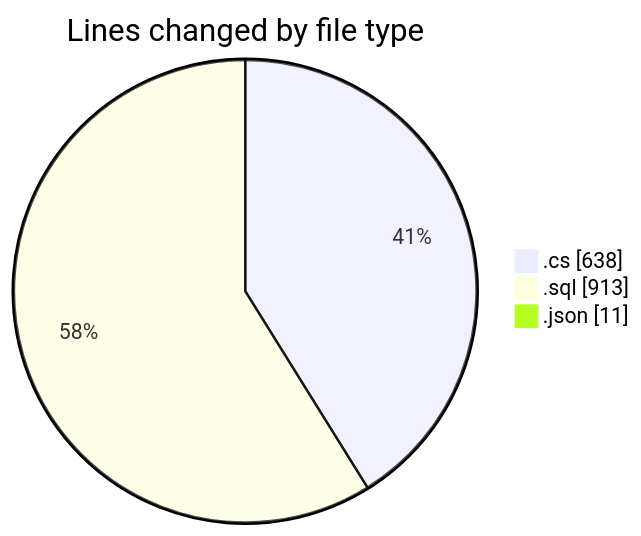
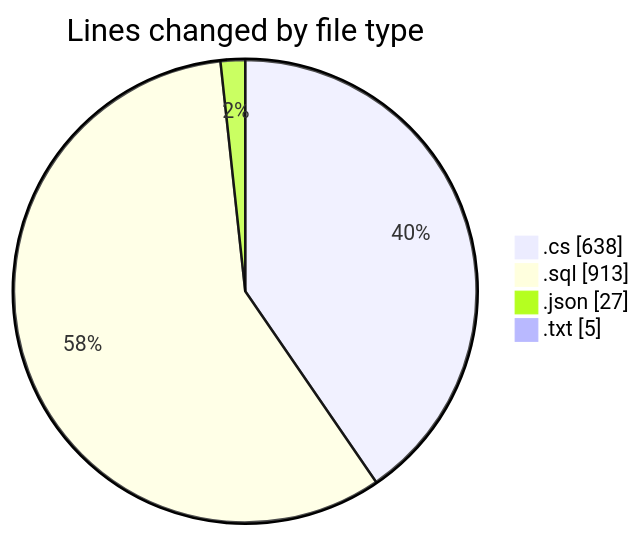
Before and after one commit to Netris89/code-tracking: the first of 2 diagrams in 2025-04-04/back-end/README.md, drawn with Mermaid. The commit also changed other lines of this file and 1 other file, not shown here.

````diff
--- a/2025-04-04/back-end/README.md
+++ b/2025-04-04/back-end/README.md
@@ -22,7 +24,8 @@
 ```mermaid
 pie showData
 title Lines changed by file type
 ".cs" : 638
 ".sql" : 913
-".json" : 11
+".json" : 27
+".txt" : 5
 ```
````
